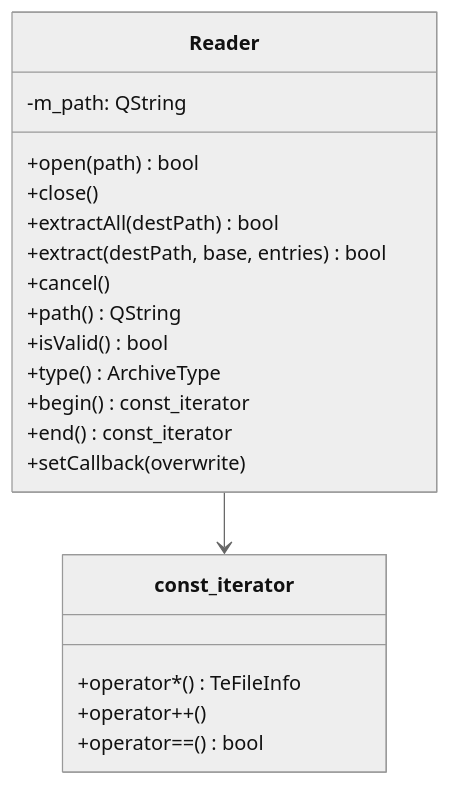
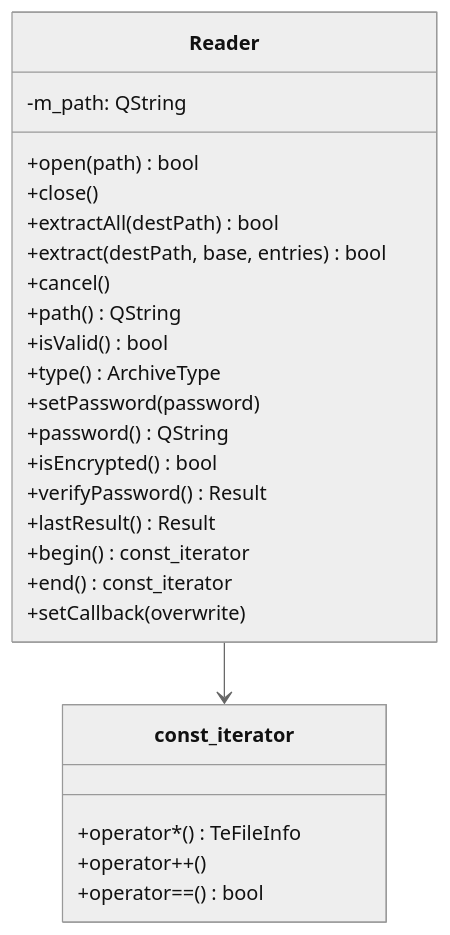
One commit to takashiK/TableEngine changed the diagram in doc/markdown/utils/TeArchive.md. Above: the diagram before and after it, drawn with Mermaid (neutral theme). The commit also changed other lines of this file and 35 other files, not shown here.

````diff
--- a/doc/markdown/utils/TeArchive.md
+++ b/doc/markdown/utils/TeArchive.md
@@ -31,24 +45,29 @@
 ```mermaid
 classDiagram
     class Reader {
         +open(path) bool
         +close()
         +extractAll(destPath) bool
         +extract(destPath, base, entries) bool
         +cancel()
         +path() QString
         +isValid() bool
         +type() ArchiveType
+        +setPassword(password)
+        +password() QString
+        +isEncrypted() bool
+        +verifyPassword() Result
+        +lastResult() Result
         +begin() const_iterator
         +end() const_iterator
         +setCallback(overwrite)
         -m_path: QString
     }
     class const_iterator {
         +operator*() TeFileInfo
         +operator++()
         +operator==() bool
     }
 
     Reader --> const_iterator
 ```
````
